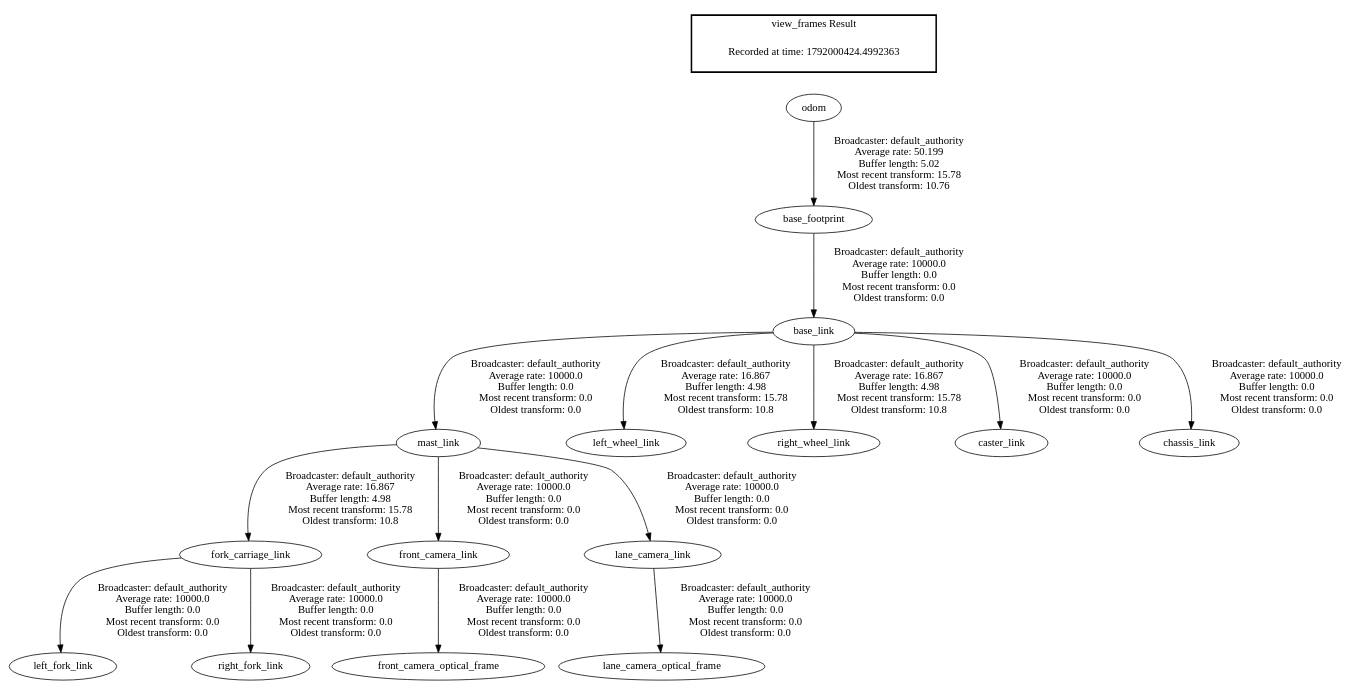
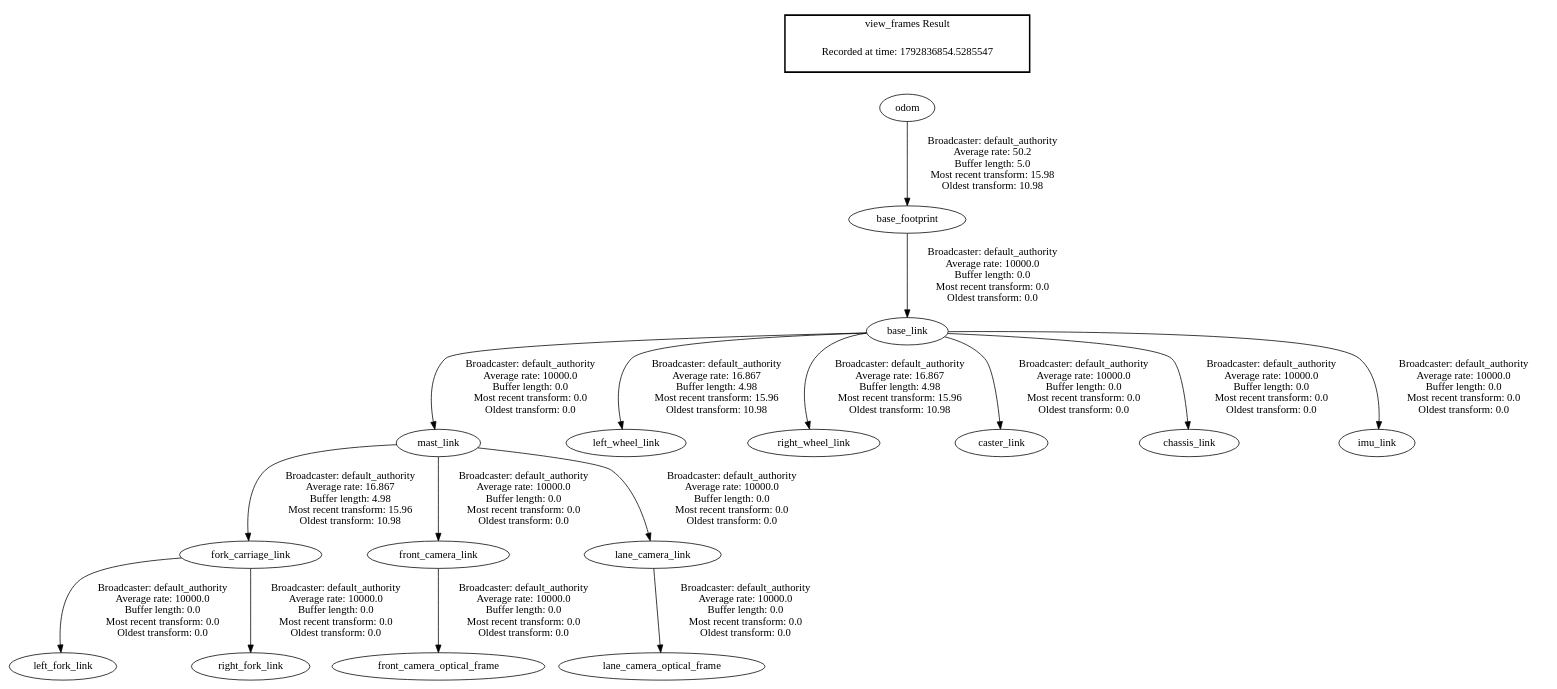
The diagram in docs/frames_sim.gv (muhammet-alaybey-cilesiz/vision-guided-forklift), drawn with Graphviz before and after one commit. The commit also changed 130 other files, not shown here.

```diff
--- a/docs/frames_sim.gv
+++ b/docs/frames_sim.gv
@@ -1,20 +1,21 @@
 digraph G {
-"odom" -> "base_footprint"[label=" Broadcaster: default_authority\nAverage rate: 50.199\nBuffer length: 5.02\nMost recent transform: 15.78\nOldest transform: 10.76\n"];
-"mast_link" -> "fork_carriage_link"[label=" Broadcaster: default_authority\nAverage rate: 16.867\nBuffer length: 4.98\nMost recent transform: 15.78\nOldest transform: 10.8\n"];
+"mast_link" -> "fork_carriage_link"[label=" Broadcaster: default_authority\nAverage rate: 16.867\nBuffer length: 4.98\nMost recent transform: 15.96\nOldest transform: 10.98\n"];
 "base_link" -> "mast_link"[label=" Broadcaster: default_authority\nAverage rate: 10000.0\nBuffer length: 0.0\nMost recent transform: 0.0\nOldest transform: 0.0\n"];
-"base_link" -> "left_wheel_link"[label=" Broadcaster: default_authority\nAverage rate: 16.867\nBuffer length: 4.98\nMost recent transform: 15.78\nOldest transform: 10.8\n"];
+"base_link" -> "left_wheel_link"[label=" Broadcaster: default_authority\nAverage rate: 16.867\nBuffer length: 4.98\nMost recent transform: 15.96\nOldest transform: 10.98\n"];
 "base_footprint" -> "base_link"[label=" Broadcaster: default_authority\nAverage rate: 10000.0\nBuffer length: 0.0\nMost recent transform: 0.0\nOldest transform: 0.0\n"];
-"base_link" -> "right_wheel_link"[label=" Broadcaster: default_authority\nAverage rate: 16.867\nBuffer length: 4.98\nMost recent transform: 15.78\nOldest transform: 10.8\n"];
+"base_link" -> "right_wheel_link"[label=" Broadcaster: default_authority\nAverage rate: 16.867\nBuffer length: 4.98\nMost recent transform: 15.96\nOldest transform: 10.98\n"];
+"odom" -> "base_footprint"[label=" Broadcaster: default_authority\nAverage rate: 50.2\nBuffer length: 5.0\nMost recent transform: 15.98\nOldest transform: 10.98\n"];
 "base_link" -> "caster_link"[label=" Broadcaster: default_authority\nAverage rate: 10000.0\nBuffer length: 0.0\nMost recent transform: 0.0\nOldest transform: 0.0\n"];
 "base_link" -> "chassis_link"[label=" Broadcaster: default_authority\nAverage rate: 10000.0\nBuffer length: 0.0\nMost recent transform: 0.0\nOldest transform: 0.0\n"];
 "mast_link" -> "front_camera_link"[label=" Broadcaster: default_authority\nAverage rate: 10000.0\nBuffer length: 0.0\nMost recent transform: 0.0\nOldest transform: 0.0\n"];
 "front_camera_link" -> "front_camera_optical_frame"[label=" Broadcaster: default_authority\nAverage rate: 10000.0\nBuffer length: 0.0\nMost recent transform: 0.0\nOldest transform: 0.0\n"];
+"base_link" -> "imu_link"[label=" Broadcaster: default_authority\nAverage rate: 10000.0\nBuffer length: 0.0\nMost recent transform: 0.0\nOldest transform: 0.0\n"];
 "mast_link" -> "lane_camera_link"[label=" Broadcaster: default_authority\nAverage rate: 10000.0\nBuffer length: 0.0\nMost recent transform: 0.0\nOldest transform: 0.0\n"];
 "lane_camera_link" -> "lane_camera_optical_frame"[label=" Broadcaster: default_authority\nAverage rate: 10000.0\nBuffer length: 0.0\nMost recent transform: 0.0\nOldest transform: 0.0\n"];
 "fork_carriage_link" -> "left_fork_link"[label=" Broadcaster: default_authority\nAverage rate: 10000.0\nBuffer length: 0.0\nMost recent transform: 0.0\nOldest transform: 0.0\n"];
 "fork_carriage_link" -> "right_fork_link"[label=" Broadcaster: default_authority\nAverage rate: 10000.0\nBuffer length: 0.0\nMost recent transform: 0.0\nOldest transform: 0.0\n"];
 edge [style=invis];
  subgraph cluster_legend { style=bold; color=black; label ="view_frames Result";
-"Recorded at time: 1792000424.4992363"[ shape=plaintext ] ;
+"Recorded at time: 1792836854.5285547"[ shape=plaintext ] ;
 }->"odom";
 }
```
